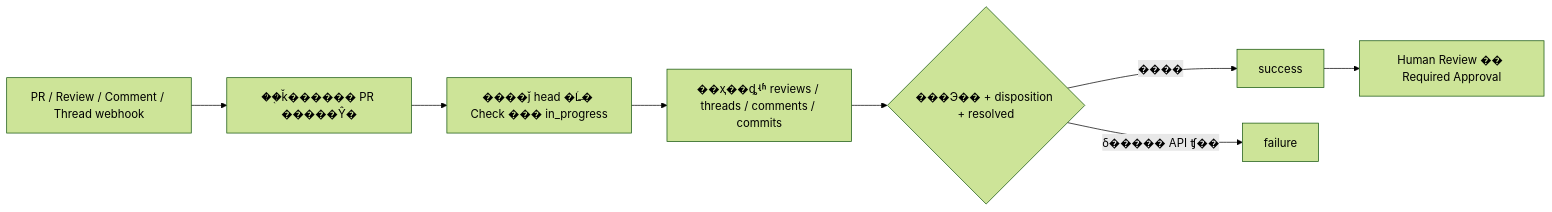
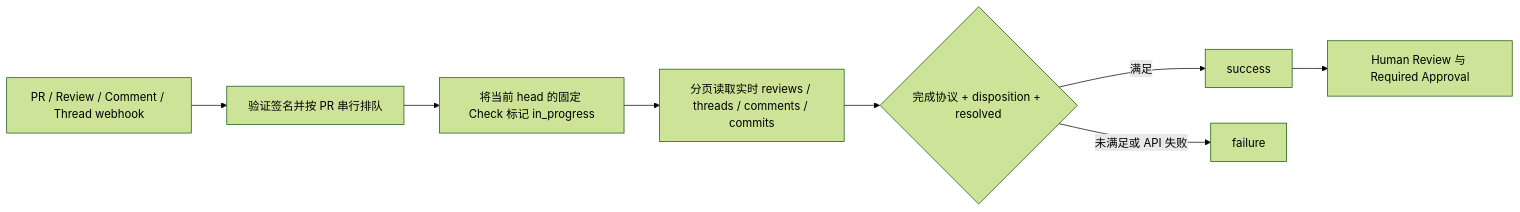
The diagram in docs/AI_REVIEW_DISPOSITION.md (IS-Model-Framework/.github), drawn with Mermaid (forest theme) before and after one commit. The commit also changed other lines of this file and 2 other files, not shown here.

````diff
--- a/docs/AI_REVIEW_DISPOSITION.md
+++ b/docs/AI_REVIEW_DISPOSITION.md
@@ -132,10 +132,10 @@
 ```mermaid
 flowchart LR
-  A[PR / Review / Comment / Thread webhook] --> B[��֤ǩ������ PR �����Ŷ�]
-  B --> C[����ǰ head �Ĺ̶� Check ��� in_progress]
-  C --> D[��ҳ��ȡʵʱ reviews / threads / comments / commits]
-  D --> E{���Э�� + disposition + resolved}
-  E -->|����| F[success]
-  E -->|δ����� API ʧ��| G[failure]
-  F --> H[Human Review �� Required Approval]
+  A[PR / Review / Comment / Thread webhook] --> B[验证签名并按 PR 串行排队]
+  B --> C[将当前 head 的固定 Check 标记 in_progress]
+  C --> D[分页读取实时 reviews / threads / comments / commits]
+  D --> E{完成协议 + disposition + resolved}
+  E -->|满足| F[success]
+  E -->|未满足或 API 失败| G[failure]
+  F --> H[Human Review 与 Required Approval]
 ```
````
